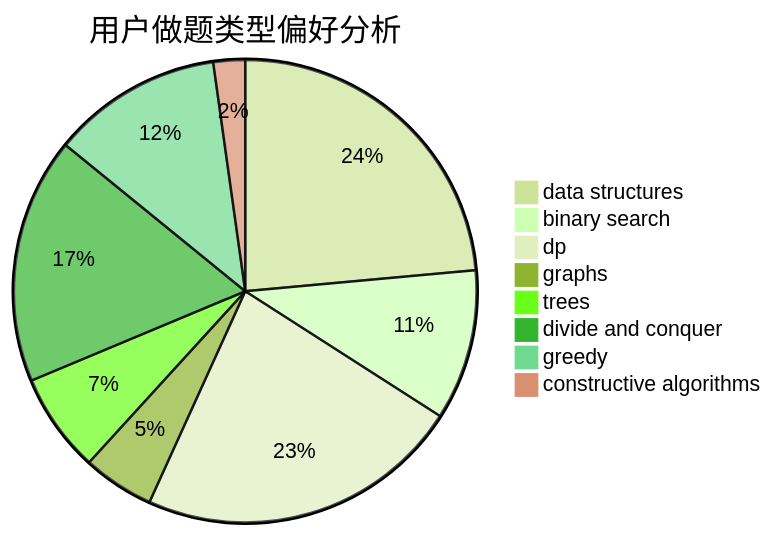
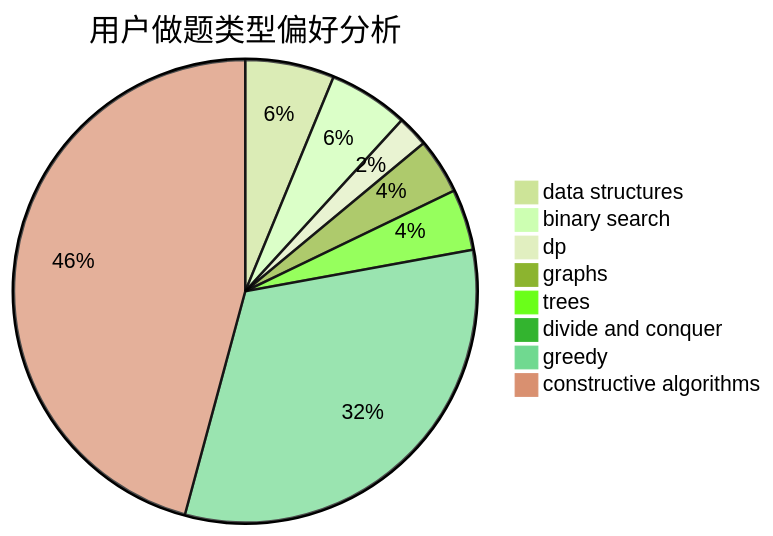
The second of 3 diagrams in docs/user/u31.md (sherpahu/cfrs.github.io), drawn with Mermaid (forest theme) before and after one commit. The commit also changed other lines of this file and 2770 other files, not shown here.

````diff
--- a/docs/user/u31.md
+++ b/docs/user/u31.md
@@ -23,11 +23,11 @@
 ```mermaid
 pie title 用户做题类型偏好分析
-    "data structures" :  85
-    "binary search" :  38
-    "dp" :  82
-    "graphs" :  18
-    "trees" :  25
-    "divide and conquer" :  62
-    "greedy" :  43
-    "constructive algorithms" :  8
+    "data structures" :  77
+    "binary search" :  69
+    "dp" :  27
+    "graphs" :  48
+    "trees" :  53
+    "divide and conquer" :  0
+    "greedy" :  397
+    "constructive algorithms" :  567
 ```
````
